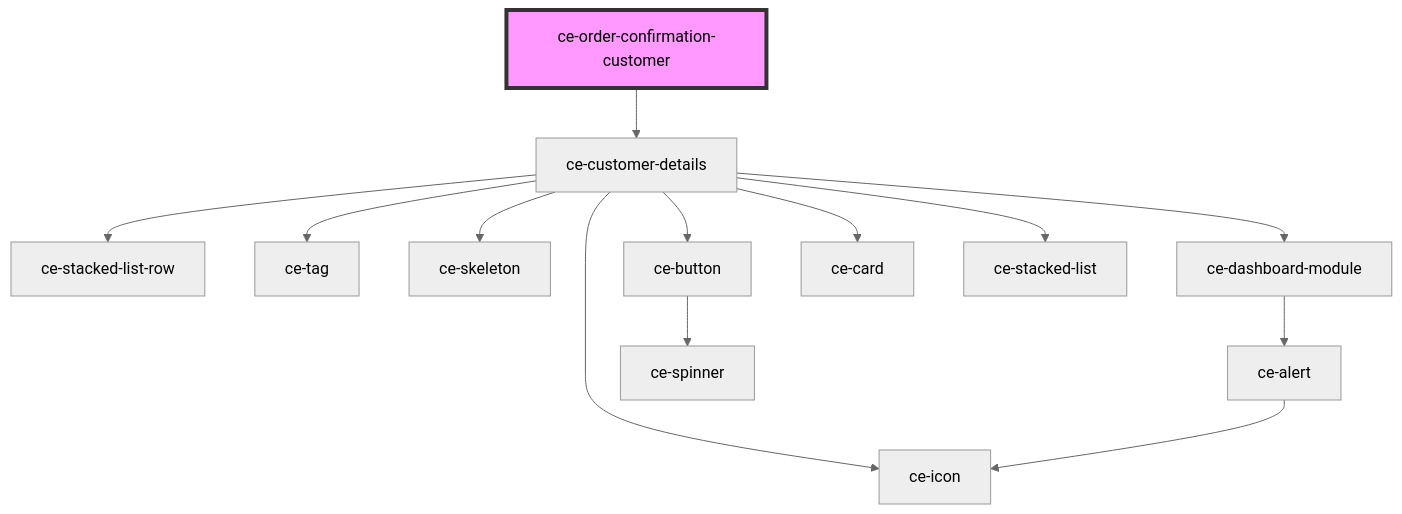
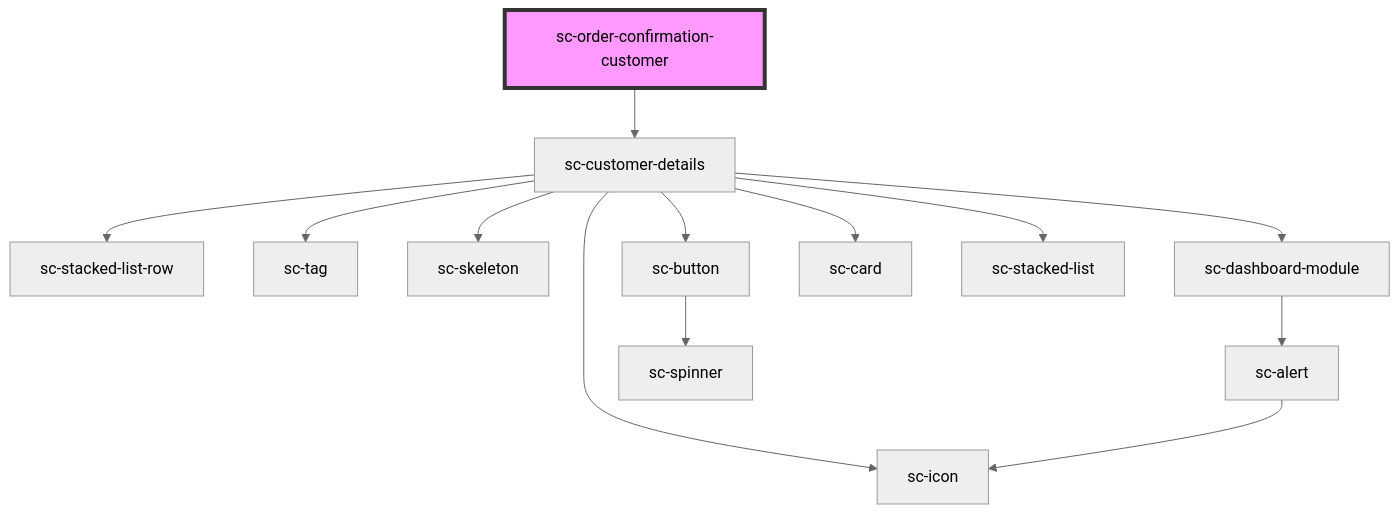
The diagram in packages/components/src/components/controllers/confirmation/order-confirmation-customer/readme.md (surecart/surecart-wp-plugin), drawn with Mermaid (neutral theme) before and after one commit. The commit also changed other lines of this file and 1281 other files, not shown here.

````diff
--- a/packages/components/src/components/controllers/confirmation/order-confirmation-customer/readme.md
+++ b/packages/components/src/components/controllers/confirmation/order-confirmation-customer/readme.md
@@ -26,16 +26,16 @@
 ```mermaid
 graph TD;
-  ce-order-confirmation-customer --> ce-customer-details
-  ce-customer-details --> ce-stacked-list-row
-  ce-customer-details --> ce-tag
-  ce-customer-details --> ce-skeleton
-  ce-customer-details --> ce-dashboard-module
-  ce-customer-details --> ce-button
-  ce-customer-details --> ce-icon
-  ce-customer-details --> ce-card
-  ce-customer-details --> ce-stacked-list
-  ce-dashboard-module --> ce-alert
-  ce-alert --> ce-icon
-  ce-button --> ce-spinner
-  style ce-order-confirmation-customer fill:#f9f,stroke:#333,stroke-width:4px
+  sc-order-confirmation-customer --> sc-customer-details
+  sc-customer-details --> sc-stacked-list-row
+  sc-customer-details --> sc-tag
+  sc-customer-details --> sc-skeleton
+  sc-customer-details --> sc-dashboard-module
+  sc-customer-details --> sc-button
+  sc-customer-details --> sc-icon
+  sc-customer-details --> sc-card
+  sc-customer-details --> sc-stacked-list
+  sc-dashboard-module --> sc-alert
+  sc-alert --> sc-icon
+  sc-button --> sc-spinner
+  style sc-order-confirmation-customer fill:#f9f,stroke:#333,stroke-width:4px
 ```
````
